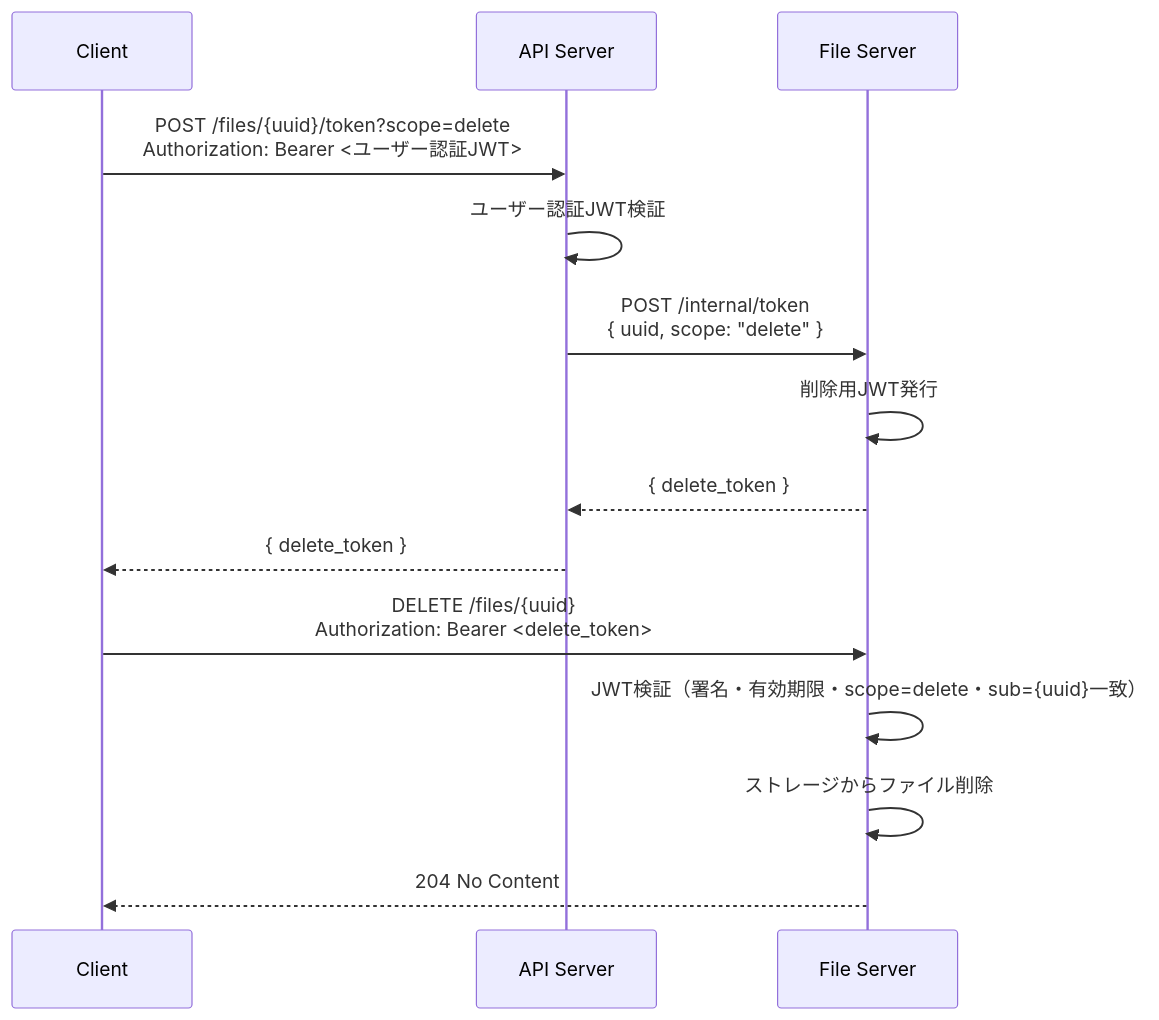
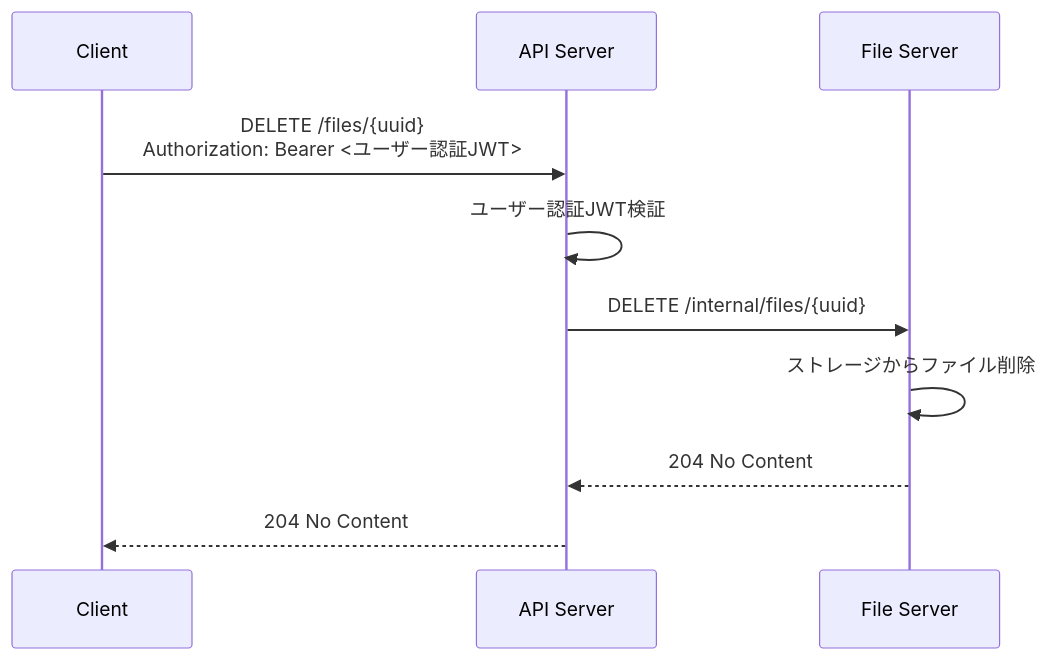
The third of 3 diagrams in docs/spec.md (kigawa01/kaft), drawn with Mermaid before and after one commit. The commit also changed other lines of this file, not shown here.

Commit message:
plan: 削除フローをAPI Server経由に修正 refs #2

````diff
--- a/docs/spec.md
+++ b/docs/spec.md
@@ -156,18 +159,13 @@
 ```mermaid
 sequenceDiagram
     participant C as Client
     participant A as API Server
     participant F as File Server
 
-    C->>A: POST /files/{uuid}/token?scope=delete<br/>Authorization: Bearer <ユーザー認証JWT>
+    C->>A: DELETE /files/{uuid}<br/>Authorization: Bearer <ユーザー認証JWT>
     A->>A: ユーザー認証JWT検証
-    A->>F: POST /internal/token<br/>{ uuid, scope: "delete" }
-    F->>F: 削除用JWT発行
-    F-->>A: { delete_token }
-    A-->>C: { delete_token }
-
-    C->>F: DELETE /files/{uuid}<br/>Authorization: Bearer <delete_token>
-    F->>F: JWT検証（署名・有効期限・scope=delete・sub={uuid}一致）
+    A->>F: DELETE /internal/files/{uuid}
     F->>F: ストレージからファイル削除
-    F-->>C: 204 No Content
+    F-->>A: 204 No Content
+    A-->>C: 204 No Content
 ```
````
